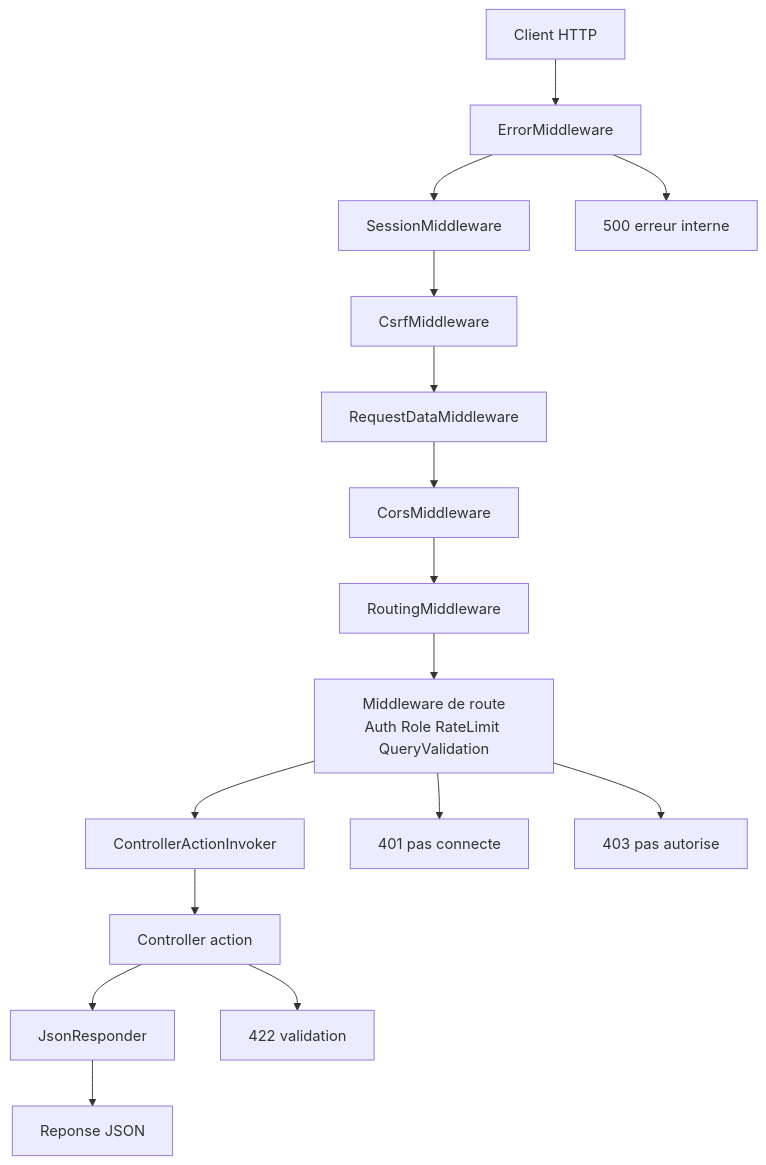
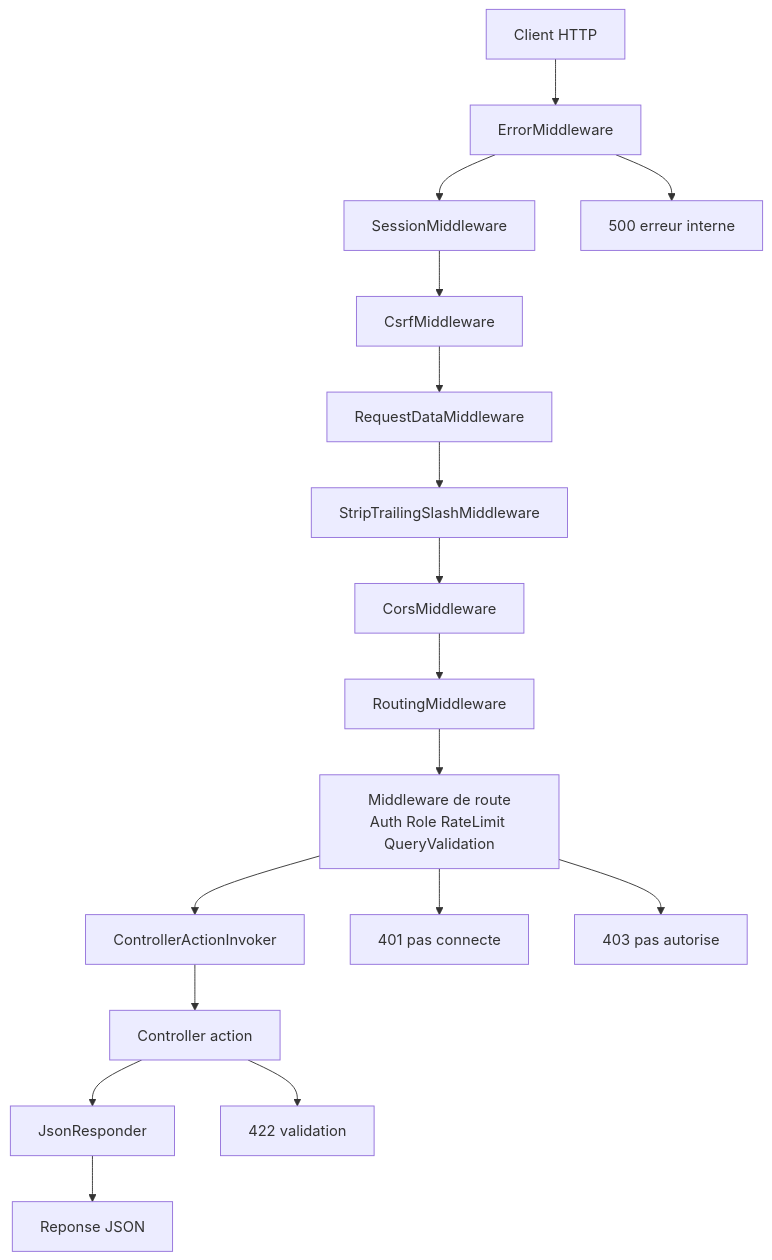
Before and after one commit to Blackfist696/marketplace: the third of 3 diagrams in marketplace/docs/cahier-technique-backend-db-tfe.md, drawn with Mermaid. The commit also changed other lines of this file and 2 other files, not shown here.

Commit message:
Mise à jour documentation technique avec le nouvel ajout IA

````diff
--- a/marketplace/docs/cahier-technique-backend-db-tfe.md
+++ b/marketplace/docs/cahier-technique-backend-db-tfe.md
@@ -309,19 +310,20 @@
 ```mermaid
 flowchart TD
 	A[Client HTTP] --> B[ErrorMiddleware]
 	B --> C[SessionMiddleware]
 	C --> D[CsrfMiddleware]
 	D --> E[RequestDataMiddleware]
-	E --> F[CorsMiddleware]
-	F --> G[RoutingMiddleware]
-	G --> H[Middleware de route\nAuth Role RateLimit QueryValidation]
-	H --> I[ControllerActionInvoker]
-	I --> J[Controller action]
-	J --> K[JsonResponder]
-	K --> L[Reponse JSON]
+	E --> F[StripTrailingSlashMiddleware]
+	F --> G[CorsMiddleware]
+	G --> H[RoutingMiddleware]
+	H --> I[Middleware de route\nAuth Role RateLimit QueryValidation]
+	I --> J[ControllerActionInvoker]
+	J --> K[Controller action]
+	K --> L[JsonResponder]
+	L --> M[Reponse JSON]
 
-	H --> M[401 pas connecte]
-	H --> N[403 pas autorise]
-	J --> O[422 validation]
-	B --> P[500 erreur interne]
+	I --> N[401 pas connecte]
+	I --> O[403 pas autorise]
+	K --> P[422 validation]
+	B --> Q[500 erreur interne]
 ```
````
